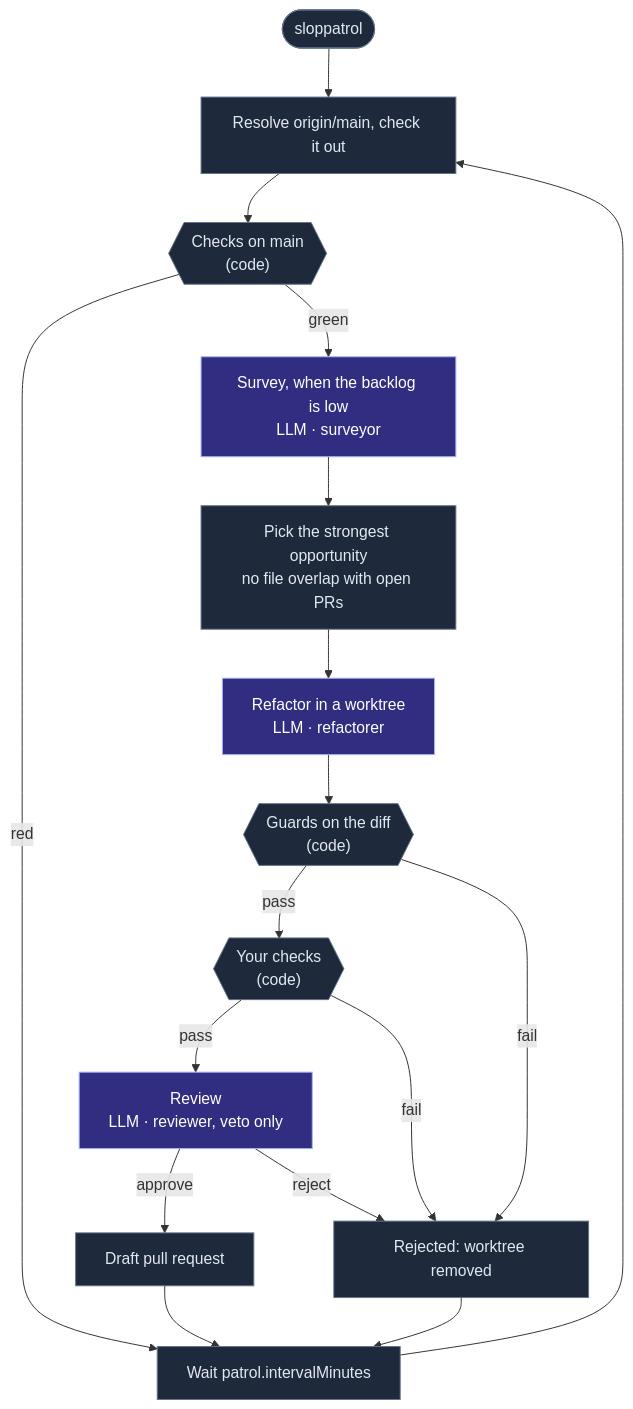
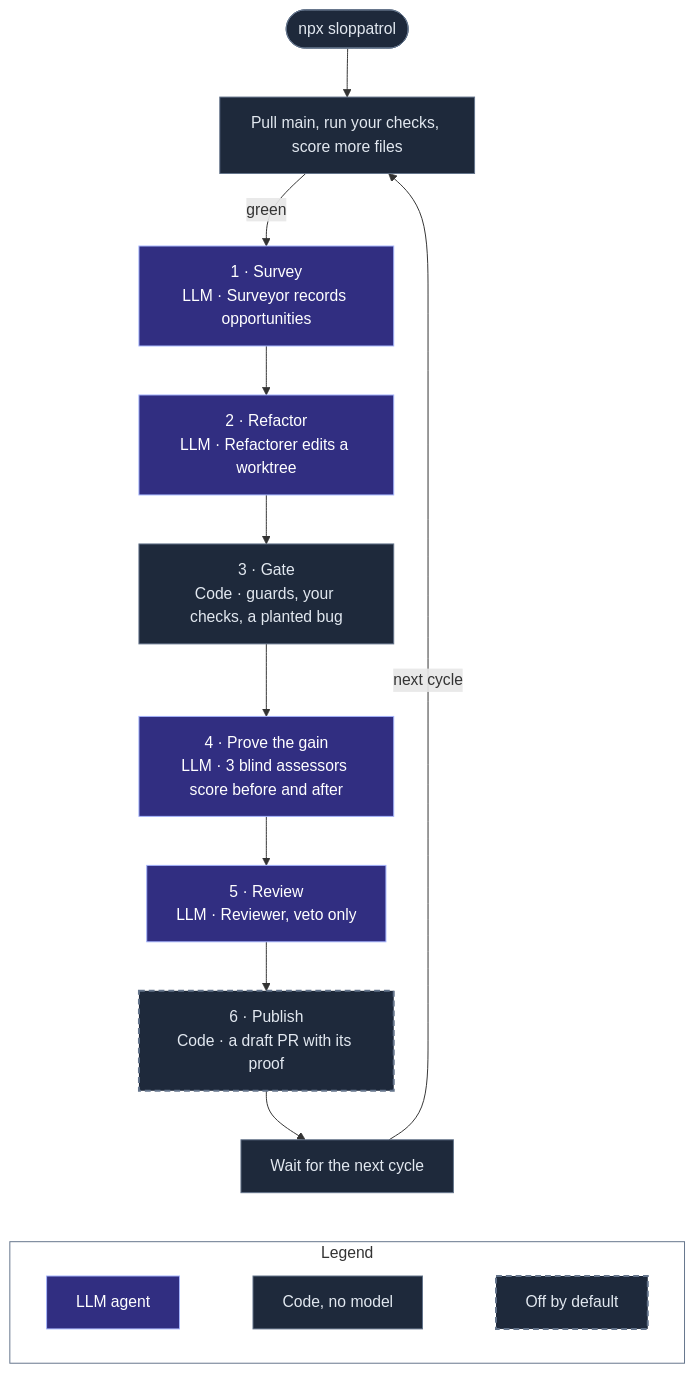
The diagram in README.md (agent-labs-dev/sloppatrol), drawn with Mermaid before and after one commit. The commit also changed other lines of this file and 12 other files, not shown here.

````diff
--- a/README.md
+++ b/README.md
@@ -106,24 +29,26 @@
 ```mermaid
 flowchart TB
-  start(["sloppatrol"]) --> pull["Resolve origin/main, check it out"]
-  pull --> base{{"Checks on main<br/>(code)"}}
-  base -->|red| wait
-  base -->|green| survey["Survey, when the backlog is low<br/>LLM · surveyor"]
-  survey --> pick["Pick the strongest opportunity<br/>no file overlap with open PRs"]
-  pick --> refactor["Refactor in a worktree<br/>LLM · refactorer"]
-  refactor --> guards{{"Guards on the diff<br/>(code)"}}
-  guards -->|pass| checks{{"Your checks<br/>(code)"}}
-  checks -->|pass| review["Review<br/>LLM · reviewer, veto only"]
-  review -->|approve| pr["Draft pull request"]
-  guards -->|fail| reject["Rejected: worktree removed"]
-  checks -->|fail| reject
-  review -->|reject| reject
-  pr --> wait["Wait patrol.intervalMinutes"]
-  reject --> wait
-  wait --> pull
+  start(["npx sloppatrol"]) --> pull["Pull main, run your checks, score more files"]
+  pull -->|green| survey["1 · Survey<br/>LLM · Surveyor records opportunities"]
+  survey --> refactor["2 · Refactor<br/>LLM · Refactorer edits a worktree"]
+  refactor --> gate["3 · Gate<br/>Code · guards, your checks, a planted bug"]
+  gate --> assess["4 · Prove the gain<br/>LLM · 3 blind assessors score before and after"]
+  assess --> review["5 · Review<br/>LLM · Reviewer, veto only"]
+  review --> publish["6 · Publish<br/>Code · a draft PR with its proof"]
+  publish --> wait["Wait for the next cycle"]
+  wait -->|"next cycle"| pull
+
+  subgraph legend ["Legend"]
+    direction LR
+    l1["LLM agent"] ~~~ l3["Code, no model"] ~~~ l4["Off by default"]
+  end
+  wait ~~~ legend
 
   classDef llm fill:#312e81,stroke:#a5b4fc,color:#ffffff
   classDef code fill:#1e293b,stroke:#64748b,color:#e2e8f0
-  class survey,refactor,review llm
-  class start,pull,base,pick,guards,checks,pr,reject,wait code
+  classDef opt fill:#1e293b,stroke:#64748b,color:#e2e8f0,stroke-width:2px,stroke-dasharray:6 4
+  class survey,refactor,assess,review,l1 llm
+  class start,pull,gate,wait,l3 code
+  class publish,l4 opt
+  style legend fill:transparent,stroke:#64748b
 ```
````
